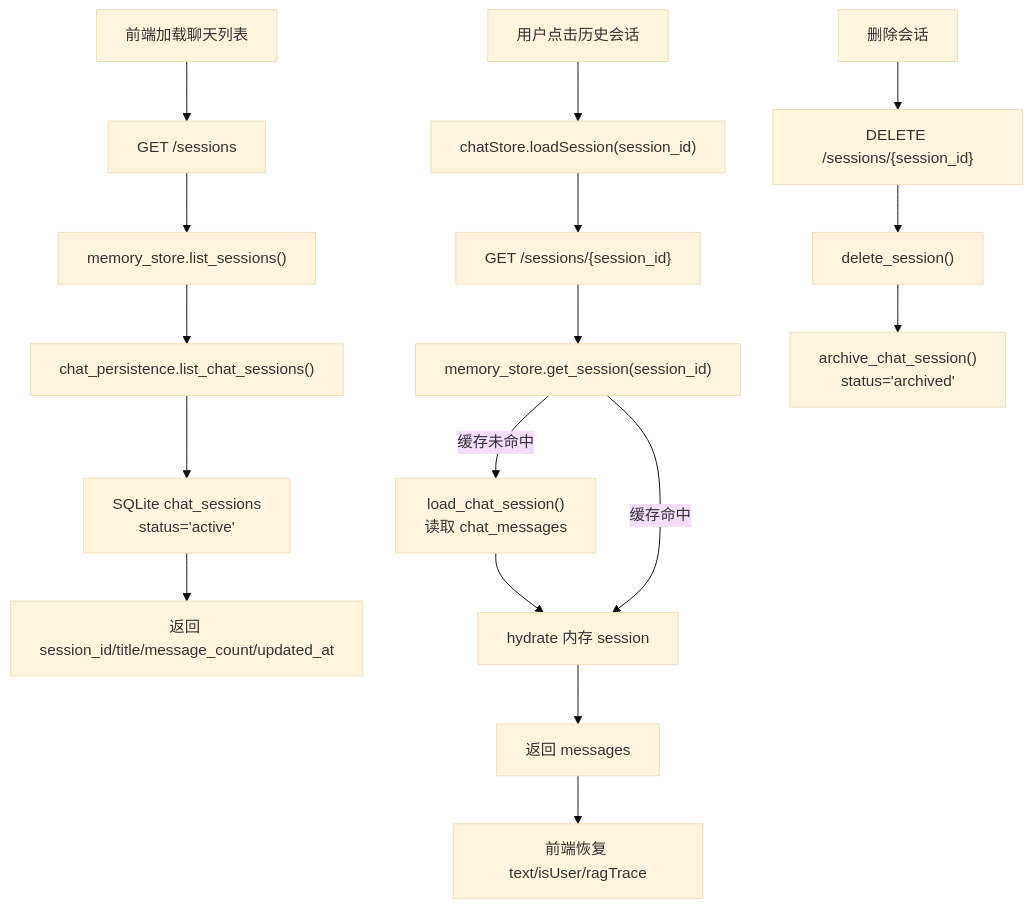
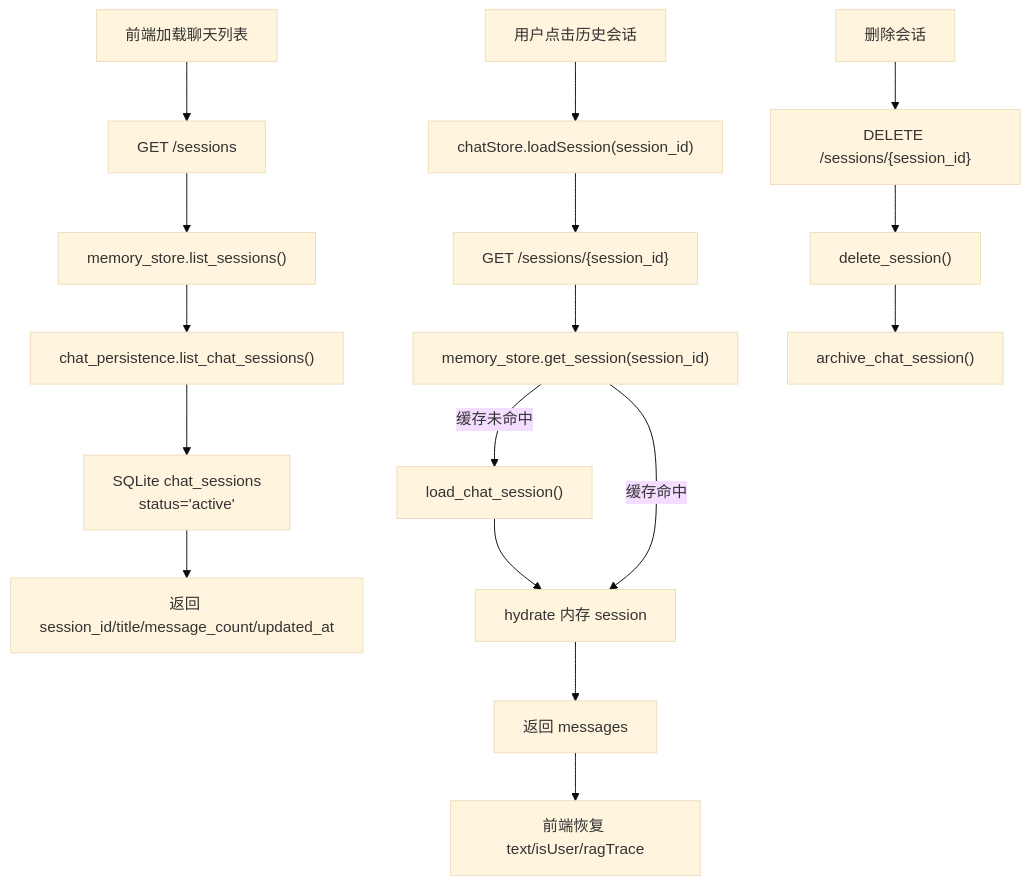
The second of 7 diagrams in doc/USER_MESSAGE_CALL_CHAIN.md (QDcvd/CookGraph), drawn with Mermaid (base theme) before and after one commit. The commit also changed other lines of this file and 18 other files, not shown here.

First line of the commit message:
Clarification Gate + Context Followup + 知识图谱更新

````diff
--- a/doc/USER_MESSAGE_CALL_CHAIN.md
+++ b/doc/USER_MESSAGE_CALL_CHAIN.md
@@ -121,21 +118,21 @@
 ```mermaid
 flowchart TD
     A["前端加载聊天列表"] --> B["GET /sessions"]
     B --> C["memory_store.list_sessions()"]
     C --> D["chat_persistence.list_chat_sessions()"]
     D --> E["SQLite chat_sessions<br/>status='active'"]
     E --> F["返回 session_id/title/message_count/updated_at"]
 
     G["用户点击历史会话"] --> H["chatStore.loadSession(session_id)"]
     H --> I["GET /sessions/{session_id}"]
     I --> J["memory_store.get_session(session_id)"]
-    J -->|缓存未命中| K["load_chat_session()<br/>读取 chat_messages"]
+    J -->|缓存未命中| K["load_chat_session()"]
     K --> L["hydrate 内存 session"]
     J -->|缓存命中| L
     L --> M["返回 messages"]
     M --> N["前端恢复 text/isUser/ragTrace"]
 
     O["删除会话"] --> P["DELETE /sessions/{session_id}"]
     P --> Q["delete_session()"]
-    Q --> R["archive_chat_session()<br/>status='archived'"]
+    Q --> R["archive_chat_session()"]
 ```
````
